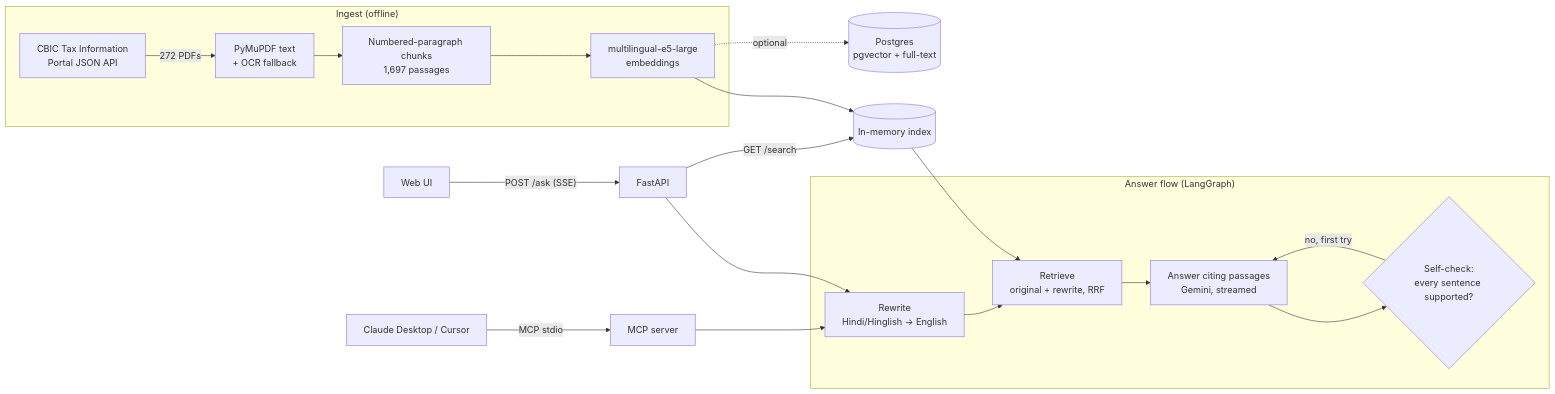
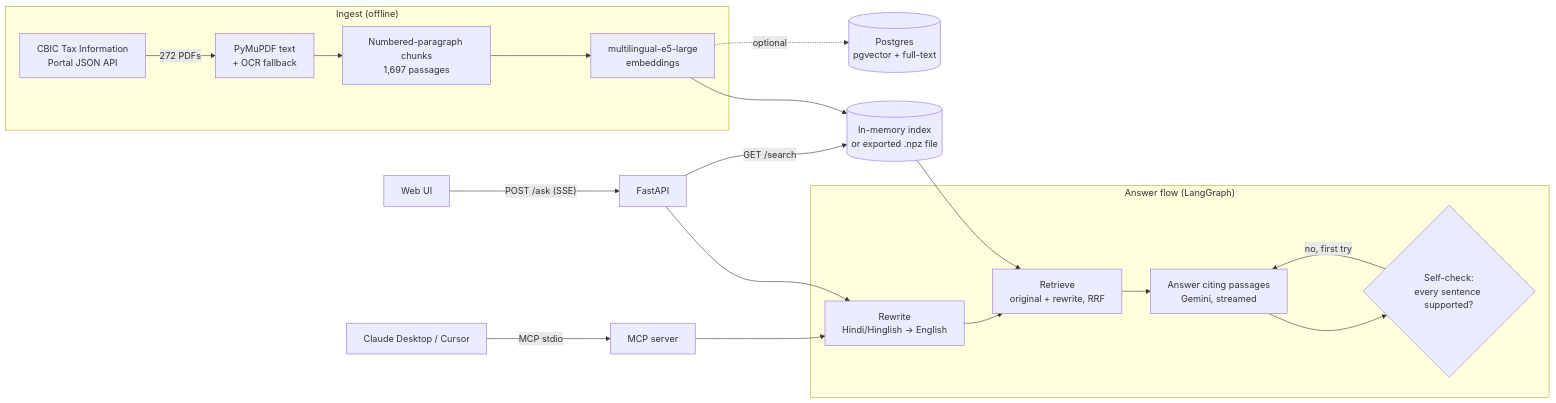
Before and after one commit to jatinvats123/niyam: the diagram in README.md, drawn with Mermaid. The commit also changed other lines of this file and 3 other files, not shown here.

````diff
--- a/README.md
+++ b/README.md
@@ -21,23 +34,23 @@
 ```mermaid
 flowchart LR
     subgraph Ingest["Ingest (offline)"]
         A["CBIC Tax Information<br/>Portal JSON API"] -->|272 PDFs| B["PyMuPDF text<br/>+ OCR fallback"]
         B --> C["Numbered-paragraph chunks<br/>1,697 passages"]
         C --> D["multilingual-e5-large<br/>embeddings"]
     end
-    D --> M[("In-memory index")]
+    D --> M[("In-memory index<br/>or exported .npz file")]
     D -.->|optional| P[("Postgres<br/>pgvector + full-text")]
 
     subgraph Flow["Answer flow (LangGraph)"]
         R["Rewrite<br/>Hindi/Hinglish → English"] --> S["Retrieve<br/>original + rewrite, RRF"]
         S --> G["Answer citing passages<br/>Gemini, streamed"]
         G --> K{"Self-check:<br/>every sentence supported?"}
         K -->|no, first try| G
     end
     M --> S
     U["Web UI"] -->|"POST /ask (SSE)"| F["FastAPI"]
     X["Claude Desktop / Cursor"] -->|MCP stdio| Q["MCP server"]
     F --> R
     Q --> R
     F -->|GET /search| M
 ```
````
